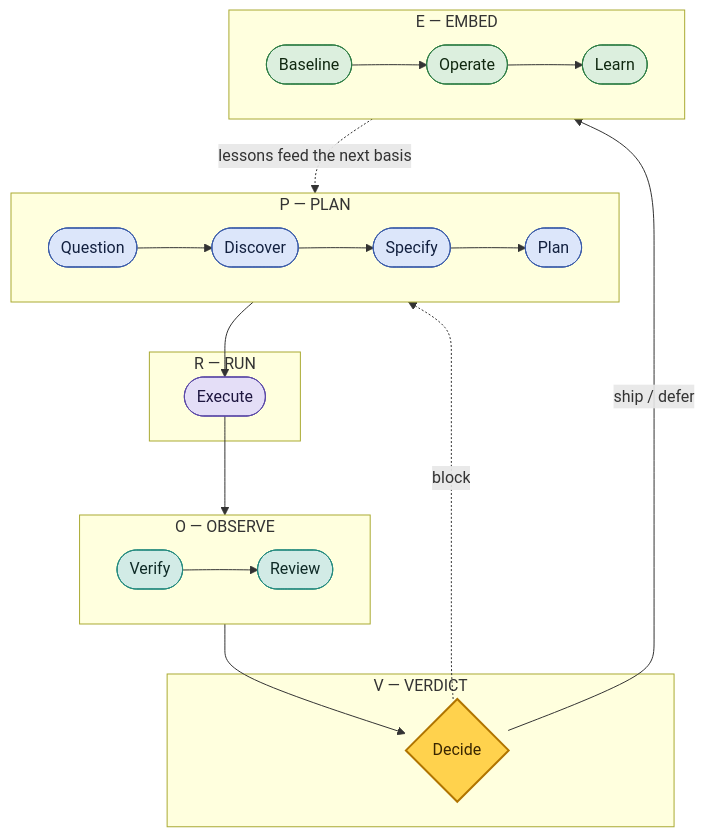
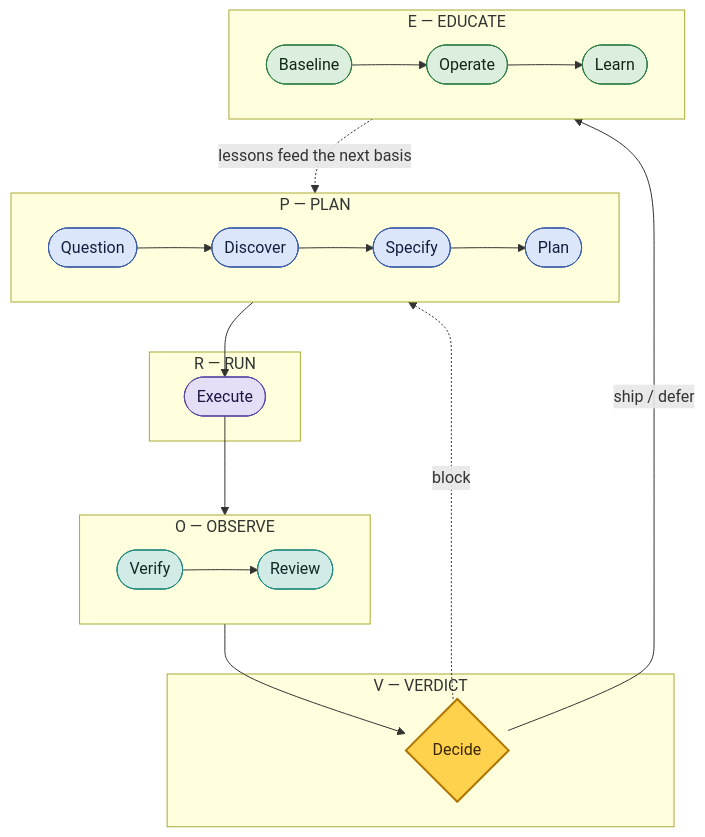
Before and after one commit to FlyFission/nuclear-grade-context-engineering: the third of 8 diagrams in docs/diagrams.md, drawn with Mermaid. The commit also changed other lines of this file and 6 other files, not shown here.

First line of the commit message:
Rename the PROVE fifth beat: Embed → Educate (#29)

````diff
--- a/docs/diagrams.md
+++ b/docs/diagrams.md
@@ -61,36 +62,37 @@
 ```mermaid
 flowchart TB
   classDef plan fill:#DCE6FA,stroke:#3A5BA8,color:#12203F;
   classDef run fill:#E4DEF7,stroke:#5B49A6,color:#1E1640;
   classDef obs fill:#D2EBE6,stroke:#248A7E,color:#0E2A26;
+  %% 'emb': green style for the Baseline/Operate/Learn nodes; the class name is kept from before the Embed -> Educate rename (it is shared by both the PRO and PROVE diagrams).
   classDef emb fill:#DCEFDE,stroke:#2E7D45,color:#102810;
   classDef gate fill:#FFD24D,stroke:#B07400,color:#3A2600,stroke-width:2px;
   subgraph LP["P — PLAN"]
     direction LR
     Q(["Question"]) --> D(["Discover"]) --> S(["Specify"]) --> PL(["Plan"])
   end
   subgraph LRUN["R — RUN"]
     E(["Execute"])
   end
   subgraph LO["O — OBSERVE"]
     direction LR
     V(["Verify"]) --> RV(["Review"])
   end
   subgraph LV["V — VERDICT"]
     DEC{"Decide"}
   end
-  subgraph LE["E — EMBED"]
+  subgraph LE["E — EDUCATE"]
     direction LR
     B(["Baseline"]) --> OP(["Operate"]) --> L(["Learn"])
   end
   PL --> E --> V
   RV --> DEC
   DEC -->|"ship / defer"| B
   DEC -.->|"block"| PL
   L -.->|"lessons feed the next basis"| Q
   class Q,D,S,PL plan
   class E run
   class V,RV obs
   class DEC gate
   class B,OP,L emb
 ```
````
